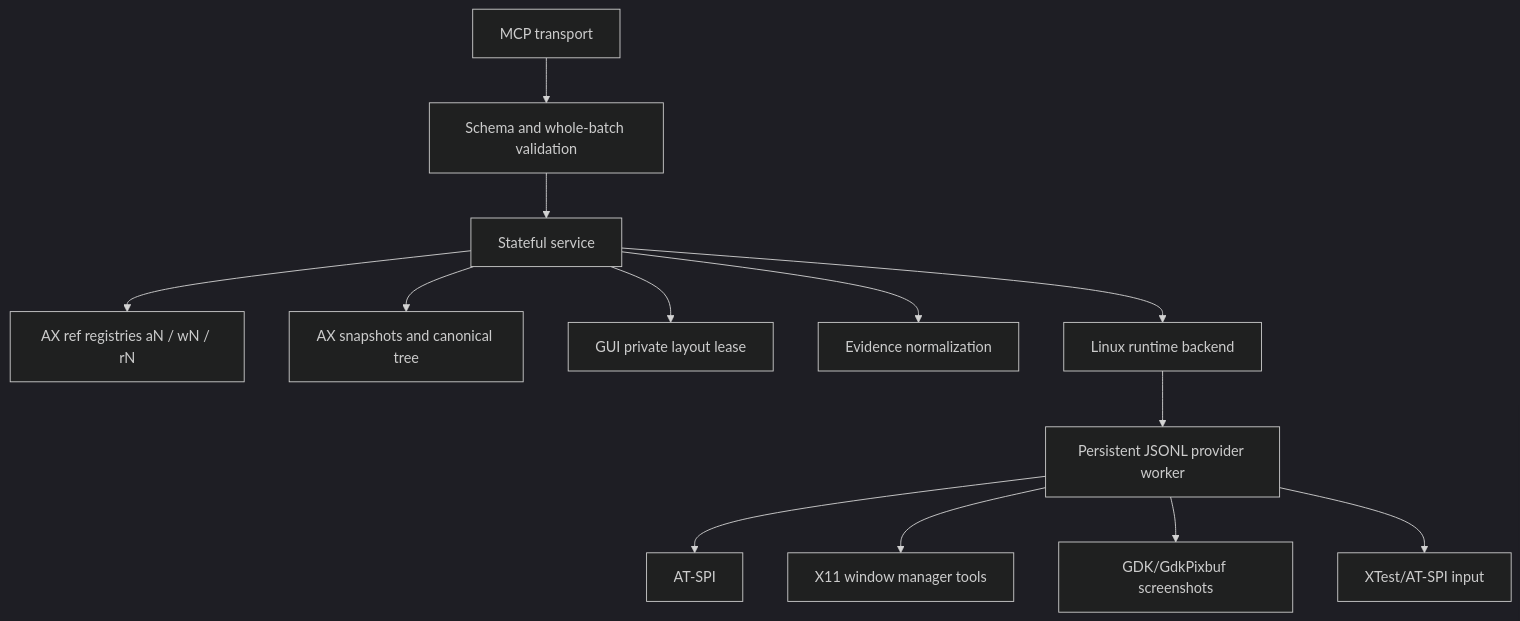
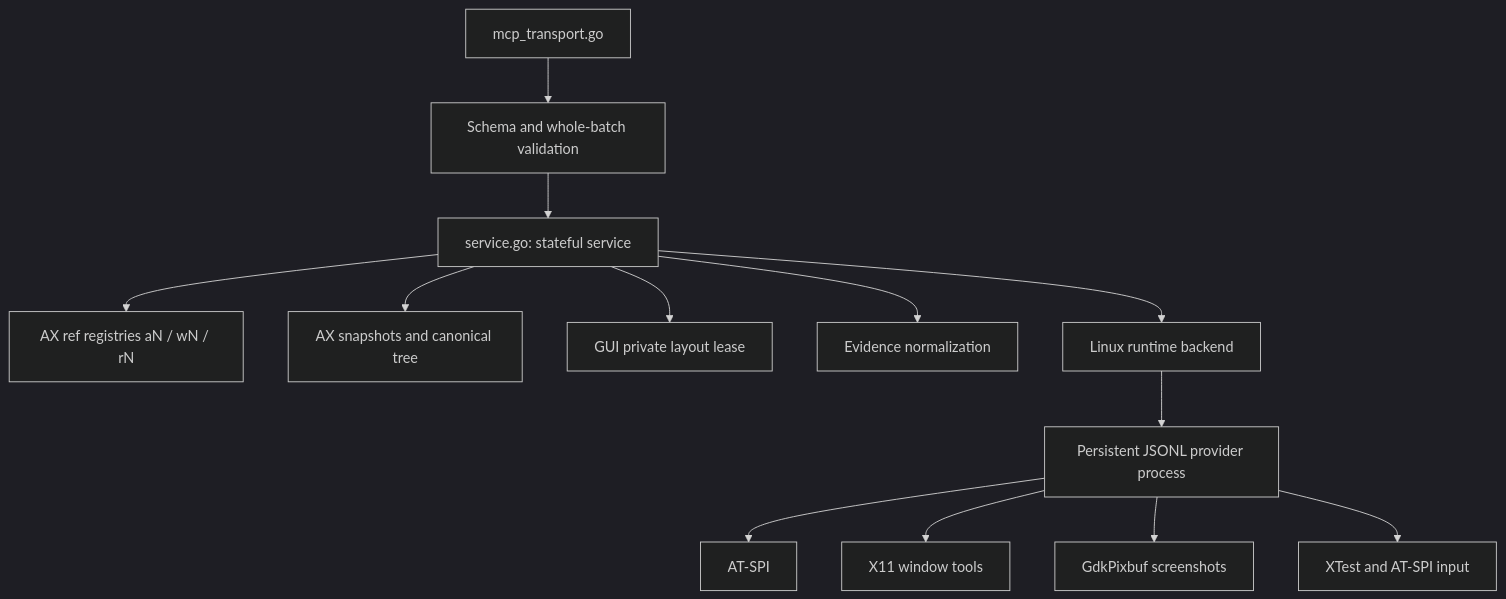
Before and after one commit to hqhq1025/hybrid-computer-use-oss: the second of 2 diagrams in docs/ARCHITECTURE.md, drawn with Mermaid (dark theme). The commit also changed other lines of this file and 22 other files, not shown here.

````diff
--- a/docs/ARCHITECTURE.md
+++ b/docs/ARCHITECTURE.md
@@ -35,15 +34,15 @@
 ```mermaid
 flowchart TB
-    T[MCP transport] --> V[Schema and whole-batch validation]
-    V --> S[Stateful service]
+    T[mcp_transport.go] --> V[Schema and whole-batch validation]
+    V --> S[service.go: stateful service]
     S --> AR[AX ref registries aN / wN / rN]
     S --> AS[AX snapshots and canonical tree]
     S --> GL[GUI private layout lease]
     S --> E[Evidence normalization]
     S --> B[Linux runtime backend]
-    B --> W[Persistent JSONL provider worker]
+    B --> W[Persistent JSONL provider process]
     W --> AT[AT-SPI]
-    W --> WM[X11 window manager tools]
-    W --> PX[GDK/GdkPixbuf screenshots]
-    W --> IN[XTest/AT-SPI input]
+    W --> WM[X11 window tools]
+    W --> PX[GdkPixbuf screenshots]
+    W --> IN[XTest and AT-SPI input]
 ```
````
